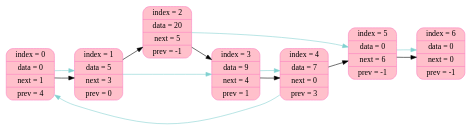
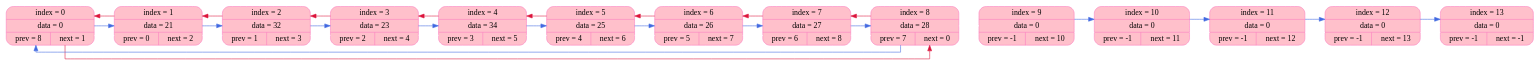
Before and after one commit to boyko-marina/List: the diagram in dump.dot, drawn with Graphviz. The commit also changed other lines of this file and 3 other files, not shown here.

```diff
--- a/dump.dot
+++ b/dump.dot
@@ -1,24 +1,57 @@
 digraph G {
 rankdir = "LR";
-node_0 [rank = 1; shape=Mrecord; style=filled; fillcolor = "#FFC0CB"; color = "#FC7FC0"; label = "index = 0 | data = 0 | next = 1 | prev = 4"; ]
-node_1 [rank = 1; shape=Mrecord; style=filled; fillcolor = "#FFC0CB"; color = "#FC7FC0"; label = "index = 1 | data = 5 | next = 3 | prev = 0"; ]
-node_2 [rank = 1; shape=Mrecord; style=filled; fillcolor = "#FFC0CB"; color = "#FC7FC0"; label = "index = 2 | data = 20 | next = 5 | prev = -1"; ]
-node_3 [rank = 1; shape=Mrecord; style=filled; fillcolor = "#FFC0CB"; color = "#FC7FC0"; label = "index = 3 | data = 9 | next = 4 | prev = 1"; ]
-node_4 [rank = 1; shape=Mrecord; style=filled; fillcolor = "#FFC0CB"; color = "#FC7FC0"; label = "index = 4 | data = 7 | next = 0 | prev = 3"; ]
-node_5 [rank = 1; shape=Mrecord; style=filled; fillcolor = "#FFC0CB"; color = "#FC7FC0"; label = "index = 5 | data = 0 | next = 6 | prev = -1"; ]
-node_6 [rank = 1; shape=Mrecord; style=filled; fillcolor = "#FFC0CB"; color = "#FC7FC0"; label = "index = 6 | data = 0 | next = 0 | prev = -1"; ]
-edge [color="#000000", fontcolor="#000000"];
-node_0 -> node_1
-node_1 -> node_2
-node_2 -> node_3
-node_3 -> node_4
-node_4 -> node_5
-node_5 -> node_6
-edge [color="#81D1D0", fontcolor="#000000"];
-node_0 -> node_1
-node_1 -> node_3
-node_2 -> node_5
-node_3 -> node_4
-node_4 -> node_0
-node_5 -> node_6
+node_0 [rank = 1; shape=Mrecord; style=filled; fillcolor = "#FFC0CB"; color = "#FC7FC0"; label = "index = 0 | data = 0 | {prev = 8 | next = 1}"; ]
+node_1 [rank = 1; shape=Mrecord; style=filled; fillcolor = "#FFC0CB"; color = "#FC7FC0"; label = "index = 1 | data = 21 | {prev = 0 | next = 2}"; ]
+node_2 [rank = 1; shape=Mrecord; style=filled; fillcolor = "#FFC0CB"; color = "#FC7FC0"; label = "index = 2 | data = 32 | {prev = 1 | next = 3}"; ]
+node_3 [rank = 1; shape=Mrecord; style=filled; fillcolor = "#FFC0CB"; color = "#FC7FC0"; label = "index = 3 | data = 23 | {prev = 2 | next = 4}"; ]
+node_4 [rank = 1; shape=Mrecord; style=filled; fillcolor = "#FFC0CB"; color = "#FC7FC0"; label = "index = 4 | data = 34 | {prev = 3 | next = 5}"; ]
+node_5 [rank = 1; shape=Mrecord; style=filled; fillcolor = "#FFC0CB"; color = "#FC7FC0"; label = "index = 5 | data = 25 | {prev = 4 | next = 6}"; ]
+node_6 [rank = 1; shape=Mrecord; style=filled; fillcolor = "#FFC0CB"; color = "#FC7FC0"; label = "index = 6 | data = 26 | {prev = 5 | next = 7}"; ]
+node_7 [rank = 1; shape=Mrecord; style=filled; fillcolor = "#FFC0CB"; color = "#FC7FC0"; label = "index = 7 | data = 27 | {prev = 6 | next = 8}"; ]
+node_8 [rank = 1; shape=Mrecord; style=filled; fillcolor = "#FFC0CB"; color = "#FC7FC0"; label = "index = 8 | data = 28 | {prev = 7 | next = 0}"; ]
+node_9 [rank = 1; shape=Mrecord; style=filled; fillcolor = "#FFC0CB"; color = "#FC7FC0"; label = "index = 9 | data = 0 | {prev = -1 | next = 10}"; ]
+node_10 [rank = 1; shape=Mrecord; style=filled; fillcolor = "#FFC0CB"; color = "#FC7FC0"; label = "index = 10 | data = 0 | {prev = -1 | next = 11}"; ]
+node_11 [rank = 1; shape=Mrecord; style=filled; fillcolor = "#FFC0CB"; color = "#FC7FC0"; label = "index = 11 | data = 0 | {prev = -1 | next = 12}"; ]
+node_12 [rank = 1; shape=Mrecord; style=filled; fillcolor = "#FFC0CB"; color = "#FC7FC0"; label = "index = 12 | data = 0 | {prev = -1 | next = 13}"; ]
+node_13 [rank = 1; shape=Mrecord; style=filled; fillcolor = "#FFC0CB"; color = "#FC7FC0"; label = "index = 13 | data = 0 | {prev = -1 | next = -1}"; ]
+edge [color="#FFFFFF", fontcolor="#000000"];
+node_0 -> node_1;
+node_1 -> node_2;
+node_2 -> node_3;
+node_3 -> node_4;
+node_4 -> node_5;
+node_5 -> node_6;
+node_6 -> node_7;
+node_7 -> node_8;
+node_8 -> node_9;
+node_9 -> node_10;
+node_10 -> node_11;
+node_11 -> node_12;
+node_12 -> node_13;
+edge [color="#4169E1", fontcolor="#000000", constraint=false;];
+splines=ortho;
+node_0 -> node_1;
+node_1 -> node_2;
+node_2 -> node_3;
+node_3 -> node_4;
+node_4 -> node_5;
+node_5 -> node_6;
+node_6 -> node_7;
+node_7 -> node_8;
+node_8 -> node_0;
+node_9 -> node_10;
+node_10 -> node_11;
+node_11 -> node_12;
+node_12 -> node_13;
+edge [color="#DC143C", fontcolor="#000000", constraint=false;];
+splines=ortho;
+node_0 -> node_8;
+node_1 -> node_0;
+node_2 -> node_1;
+node_3 -> node_2;
+node_4 -> node_3;
+node_5 -> node_4;
+node_6 -> node_5;
+node_7 -> node_6;
+node_8 -> node_7;
 }
```
